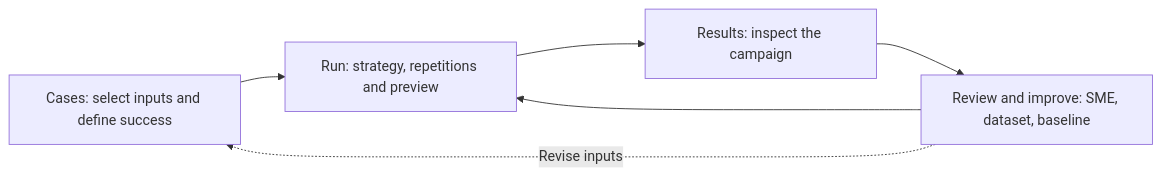
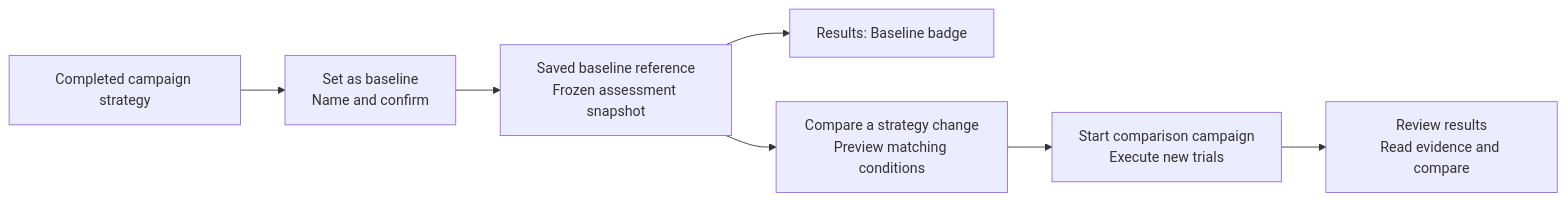
The third of 3 diagrams in docs/product/user-journey.md (niksacdev/rove), drawn with Mermaid before and after one commit. The commit also changed other lines of this file and 58 other files, not shown here.

````diff
--- a/docs/product/user-journey.md
+++ b/docs/product/user-journey.md
@@ -49,8 +185,9 @@
 ```mermaid
 flowchart LR
-    C["Cases: select inputs and define success"] --> R["Run: strategy, repetitions and preview"]
-    R --> O["Results: inspect the campaign"]
-    O --> V["Review and improve: SME, dataset, baseline"]
-    V --> R
-    V -. Revise inputs .-> C
+    C["Completed campaign strategy"] --> S["Set as baseline<br/>Name and confirm"]
+    S --> B["Saved baseline reference<br/>Frozen assessment snapshot"]
+    B --> R["Results: Baseline badge"]
+    B --> P["Compare a strategy change<br/>Preview matching conditions"]
+    P --> X["Start comparison campaign<br/>Execute new trials"]
+    X --> V["Review results<br/>Read evidence and compare"]
 ```
````
